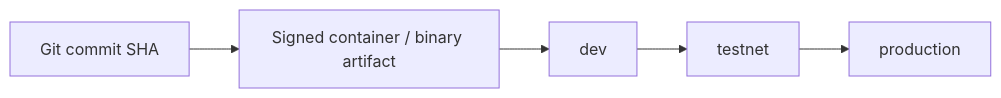
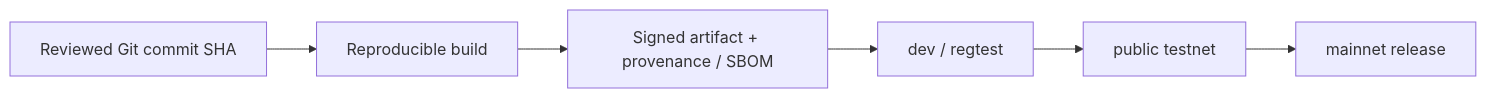
The second of 2 diagrams in docs/diagrams/06-deployment-pipeline.md (EdwinKestler/o2a-protocol), drawn with Mermaid before and after one commit. The commit also changed other lines of this file and 11 other files, not shown here.

Commit message:
Update protocol diagrams and framework

````diff
--- a/docs/diagrams/06-deployment-pipeline.md
+++ b/docs/diagrams/06-deployment-pipeline.md
@@ -19,7 +26,8 @@
 ```mermaid
 flowchart LR
-    GIT["Git commit SHA"] --> IMG["Signed container / binary artifact"]
-    IMG --> D["dev"]
-    D --> T["testnet"]
-    T --> P["production"]
+    GIT["Reviewed Git commit SHA"] --> BUILD["Reproducible build"]
+    BUILD --> SBOM["Signed artifact + provenance / SBOM"]
+    SBOM --> D["dev / regtest"]
+    D --> T["public testnet"]
+    T --> P["mainnet release"]
 ```
````
